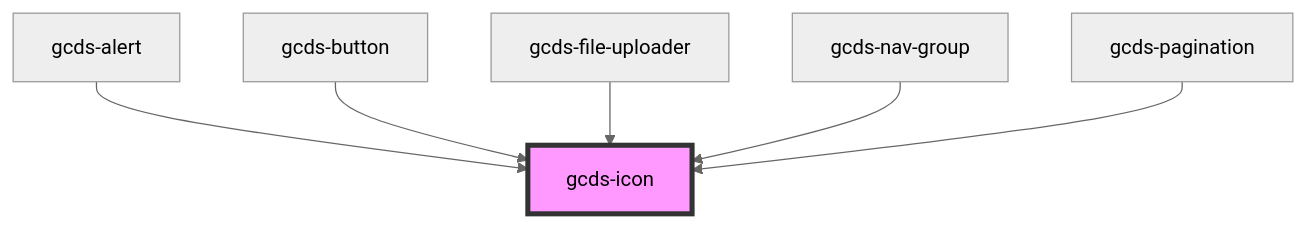
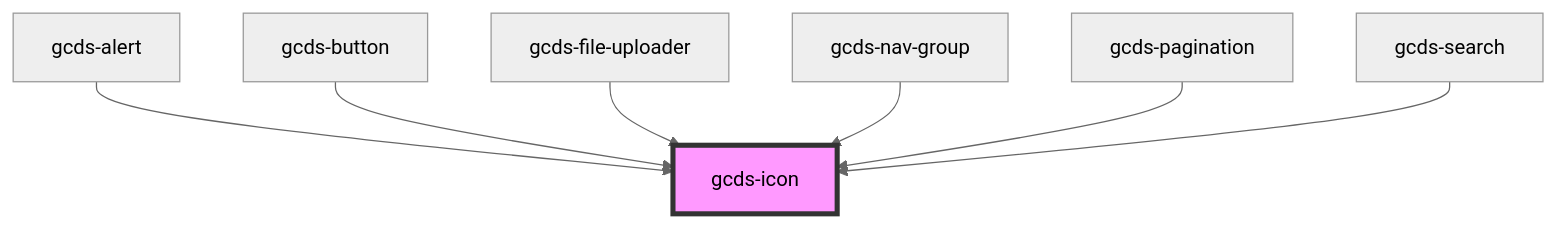
Before and after one commit to cds-snc/gcds-components: the diagram in packages/web/src/components/gcds-icon/readme.md, drawn with Mermaid (neutral theme). The commit also changed other lines of this file and 11 other files, not shown here.

````diff
--- a/packages/web/src/components/gcds-icon/readme.md
+++ b/packages/web/src/components/gcds-icon/readme.md
@@ -32,9 +33,10 @@
 ```mermaid
 graph TD;
   gcds-alert --> gcds-icon
   gcds-button --> gcds-icon
   gcds-file-uploader --> gcds-icon
   gcds-nav-group --> gcds-icon
   gcds-pagination --> gcds-icon
+  gcds-search --> gcds-icon
   style gcds-icon fill:#f9f,stroke:#333,stroke-width:4px
 ```
````
